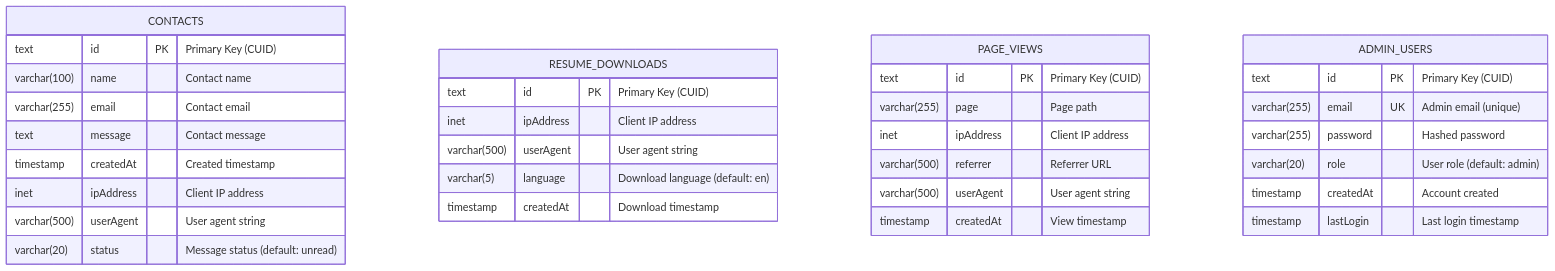
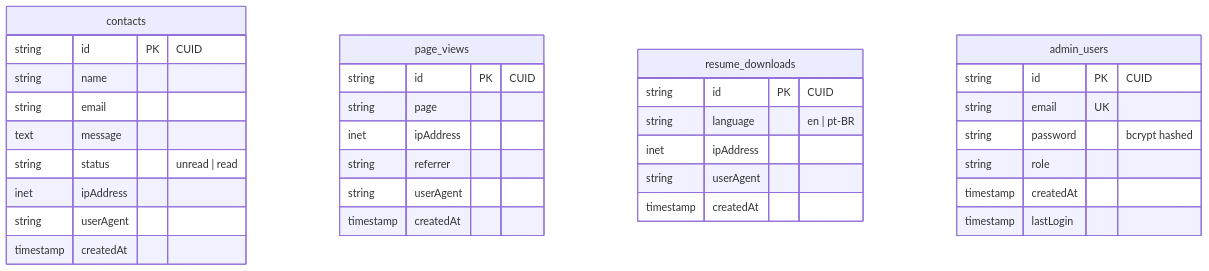
Before and after one commit to mateusribeirocampos/portfolio: the diagram in README.md, drawn with Mermaid. The commit also changed other lines of this file, not shown here.

````diff
--- a/README.md
+++ b/README.md
@@ -133,39 +178,39 @@
 ```mermaid
 erDiagram
-    CONTACTS {
-        text id PK "Primary Key (CUID)"
-        varchar(100) name "Contact name"
-        varchar(255) email "Contact email"
-        text message "Contact message"
-        timestamp createdAt "Created timestamp"
-        inet ipAddress "Client IP address"
-        varchar(500) userAgent "User agent string"
-        varchar(20) status "Message status (default: unread)"
+    contacts {
+        string id PK "CUID"
+        string name
+        string email
+        text message
+        string status "unread | read"
+        inet ipAddress
+        string userAgent
+        timestamp createdAt
     }
 
-    RESUME_DOWNLOADS {
-        text id PK "Primary Key (CUID)"
-        inet ipAddress "Client IP address"
-        varchar(500) userAgent "User agent string"
-        varchar(5) language "Download language (default: en)"
-        timestamp createdAt "Download timestamp"
+    page_views {
+        string id PK "CUID"
+        string page
+        inet ipAddress
+        string referrer
+        string userAgent
+        timestamp createdAt
     }
 
-    PAGE_VIEWS {
-        text id PK "Primary Key (CUID)"
-        varchar(255) page "Page path"
-        inet ipAddress "Client IP address"
-        varchar(500) referrer "Referrer URL"
-        varchar(500) userAgent "User agent string"
-        timestamp createdAt "View timestamp"
+    resume_downloads {
+        string id PK "CUID"
+        string language "en | pt-BR"
+        inet ipAddress
+        string userAgent
+        timestamp createdAt
     }
 
-    ADMIN_USERS {
-        text id PK "Primary Key (CUID)"
-        varchar(255) email UK "Admin email (unique)"
-        varchar(255) password "Hashed password"
-        varchar(20) role "User role (default: admin)"
-        timestamp createdAt "Account created"
-        timestamp lastLogin "Last login timestamp"
+    admin_users {
+        string id PK "CUID"
+        string email UK
+        string password "bcrypt hashed"
+        string role
+        timestamp createdAt
+        timestamp lastLogin
     }
 ```
````
